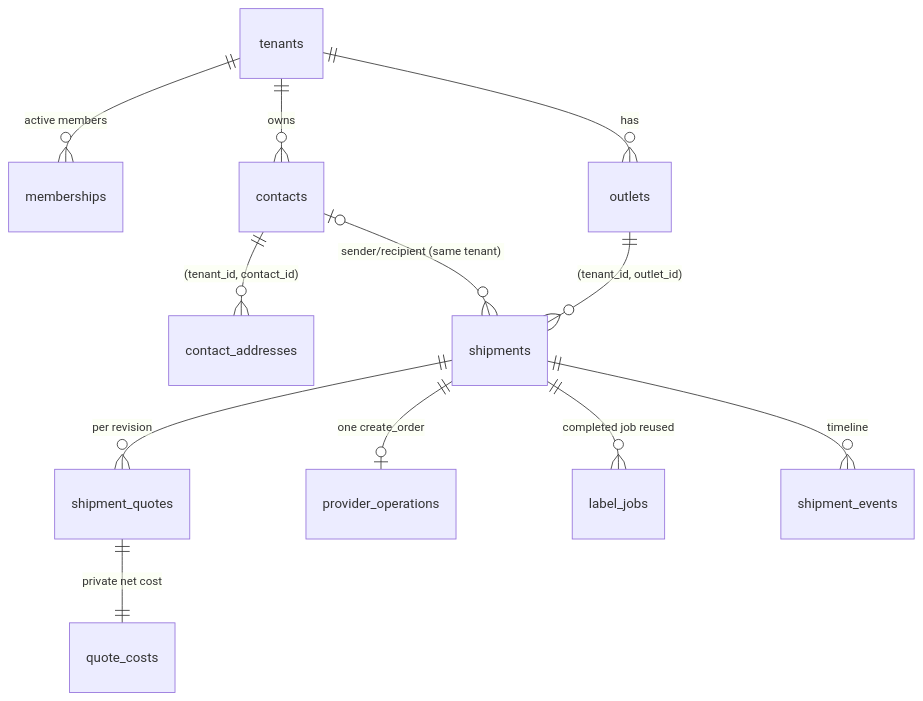
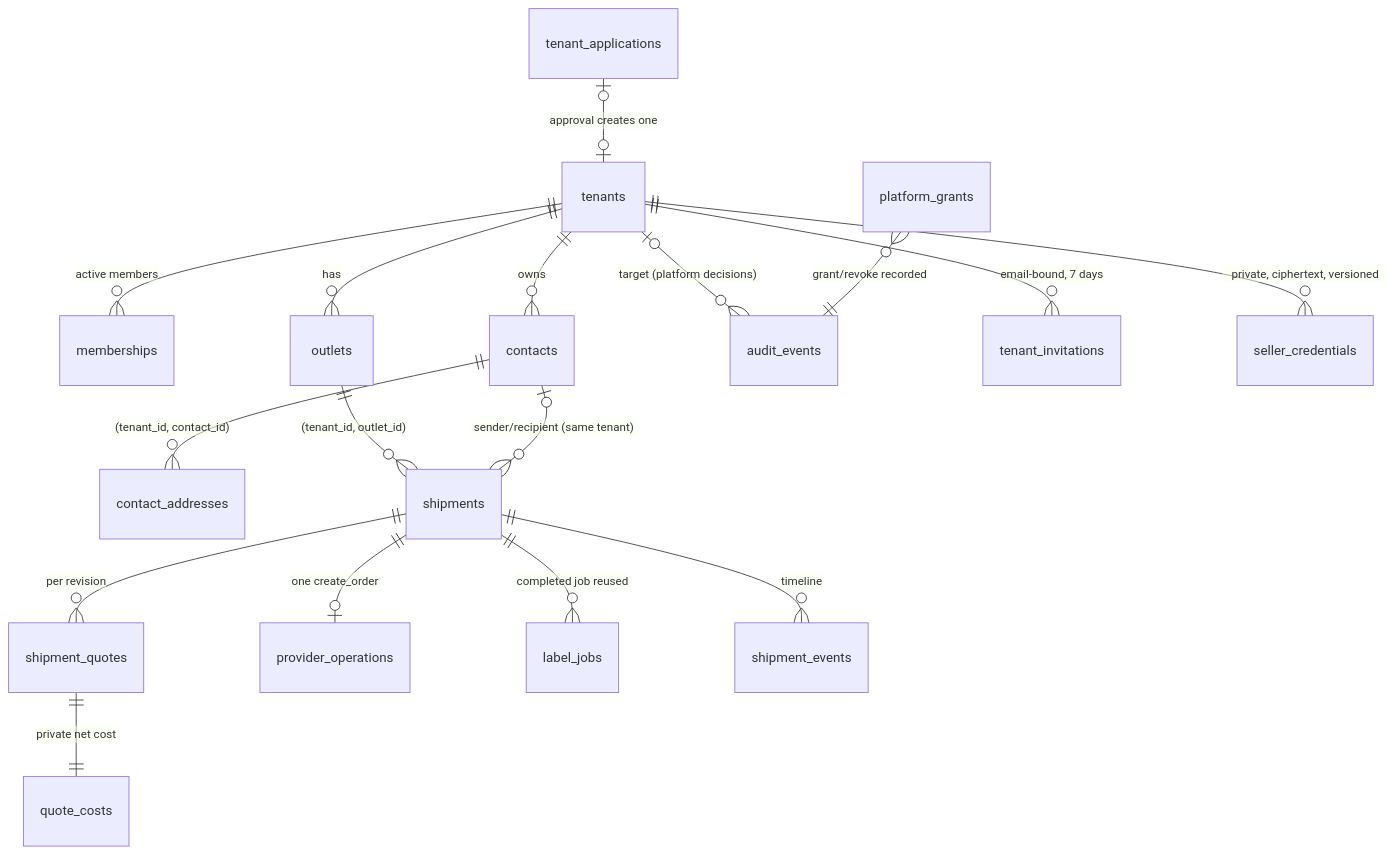
The third of 4 diagrams in ARCHITECTURE.md (ongkipro/geraiexpress), drawn with Mermaid before and after one commit. The commit also changed other lines of this file and 88 other files, not shown here.

First line of the commit message:
Platform administration, onboarding, credentials and Auth mail hook (T-012..T-017)

````diff
--- a/ARCHITECTURE.md
+++ b/ARCHITECTURE.md
@@ -106,14 +125,19 @@
 ```mermaid
 erDiagram
     tenants ||--o{ memberships : "active members"
     tenants ||--o{ outlets : has
     tenants ||--o{ contacts : owns
     contacts ||--o{ contact_addresses : "(tenant_id, contact_id)"
     outlets ||--o{ shipments : "(tenant_id, outlet_id)"
     contacts |o--o{ shipments : "sender/recipient (same tenant)"
     shipments ||--o{ shipment_quotes : "per revision"
     shipment_quotes ||--|| quote_costs : "private net cost"
     shipments ||--o| provider_operations : "one create_order"
     shipments ||--o{ label_jobs : "completed job reused"
     shipments ||--o{ shipment_events : timeline
+    tenants |o--o{ audit_events : "target (platform decisions)"
+    platform_grants }o--|| audit_events : "grant/revoke recorded"
+    tenant_applications |o--o| tenants : "approval creates one"
+    tenants ||--o{ tenant_invitations : "email-bound, 7 days"
+    tenants ||--o{ seller_credentials : "private, ciphertext, versioned"
 ```
````
